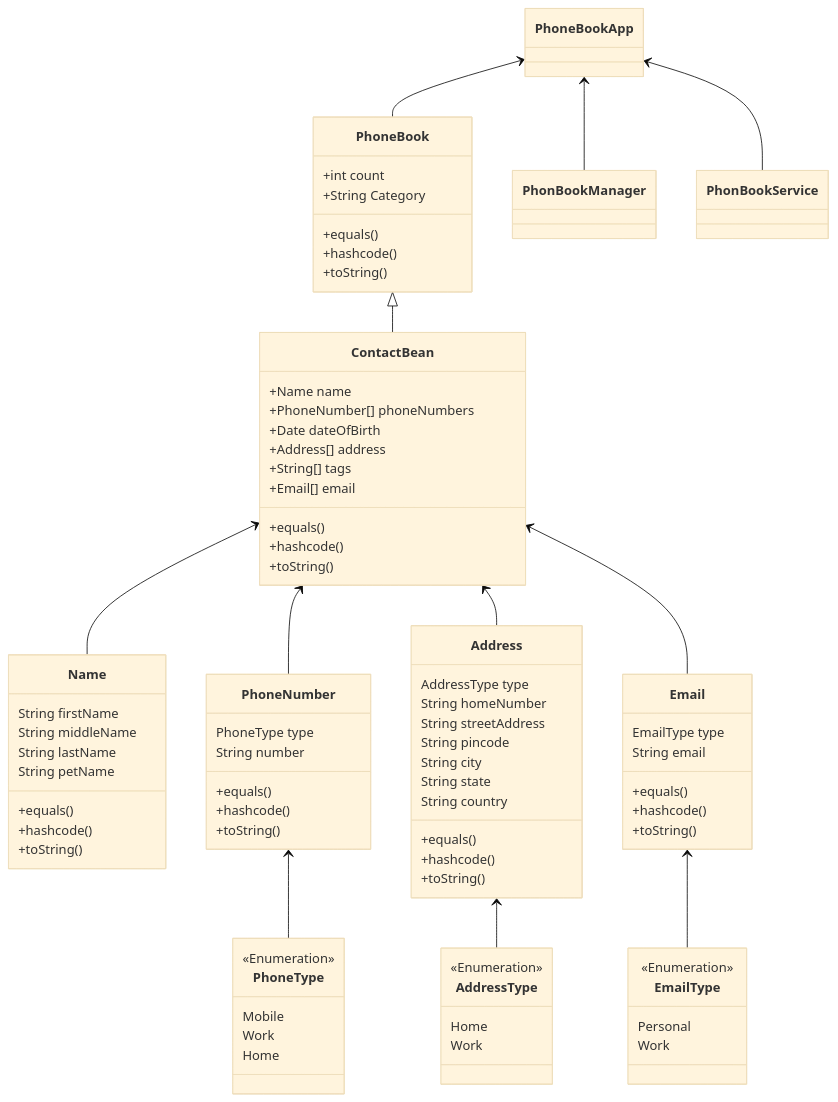
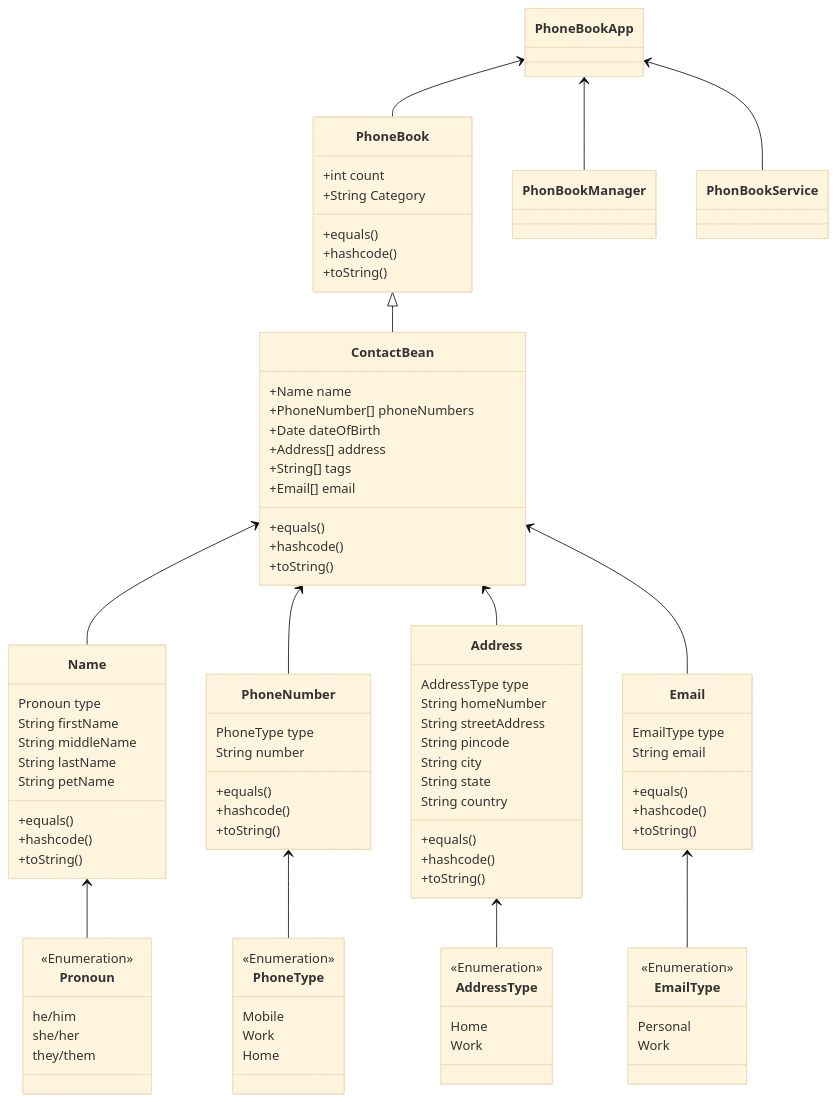
One commit to mariojoshua/PhoneBookApp_Java changed the diagram in design docs/classDiagram.md. Above: the diagram before and after it, drawn with Mermaid (base theme).

Commit message:
Added Pronouns to Name as an enum

```diff
--- a/design docs/classDiagram.md
+++ b/design docs/classDiagram.md
@@ -28,6 +28,7 @@
         +toString()
     }
     class Name {
+        Pronoun type
         String firstName
         String middleName
         String lastName
@@ -35,6 +36,13 @@
         +equals()
         +hashcode()
         +toString()
+    }
+    Name <-- Pronoun
+    class Pronoun {
+        <<Enumeration>>
+        he/him 
+        she/her
+        they/them
     }
     class PhoneNumber {
         PhoneType type
```
